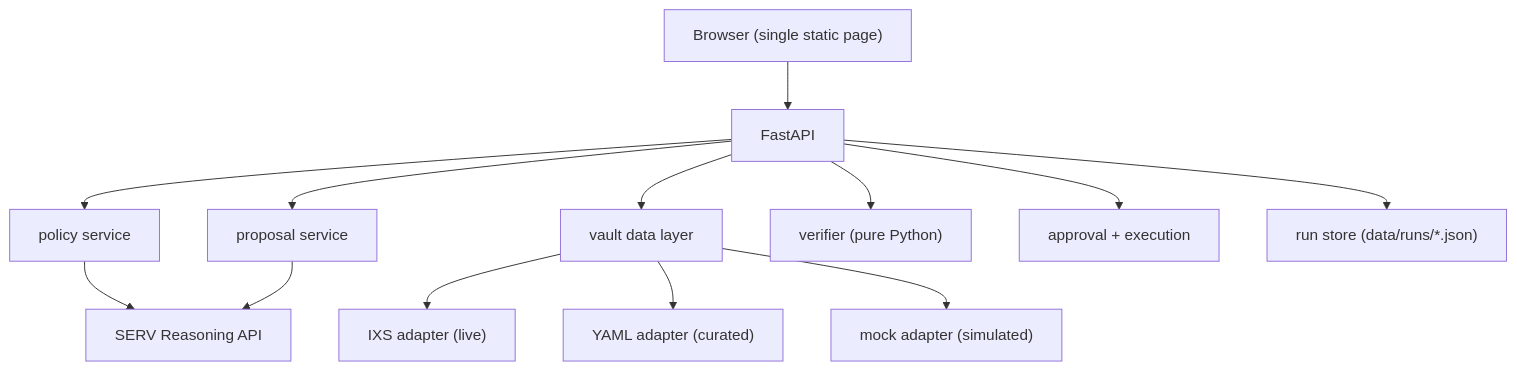
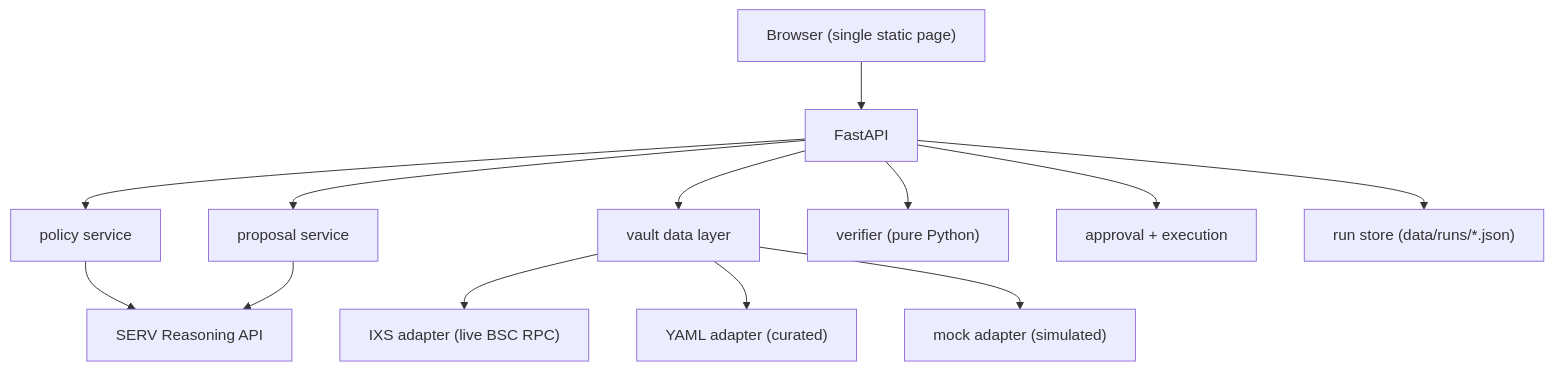
Before and after one commit to DevSolex/bylaw: the diagram in README.md, drawn with Mermaid. The commit also changed other lines of this file and 1 other file, not shown here.

Commit message:
docs(M6): full README with live/simulated table, SERV notes, architecture; demo script with 5 scenes

````diff
--- a/README.md
+++ b/README.md
@@ -53,18 +57,18 @@
 ```mermaid
 graph TD
     Browser["Browser (single static page)"] --> FastAPI
 
     FastAPI --> PolicySvc["policy service"]
     FastAPI --> VaultLayer["vault data layer"]
     FastAPI --> ProposalSvc["proposal service"]
     FastAPI --> Verifier["verifier (pure Python)"]
     FastAPI --> Approval["approval + execution"]
     FastAPI --> RunStore["run store (data/runs/*.json)"]
 
     PolicySvc --> SERV["SERV Reasoning API"]
     ProposalSvc --> SERV
 
-    VaultLayer --> IXS["IXS adapter (live)"]
+    VaultLayer --> IXS["IXS adapter (live BSC RPC)"]
     VaultLayer --> Curated["YAML adapter (curated)"]
     VaultLayer --> Mock["mock adapter (simulated)"]
 ```
````
